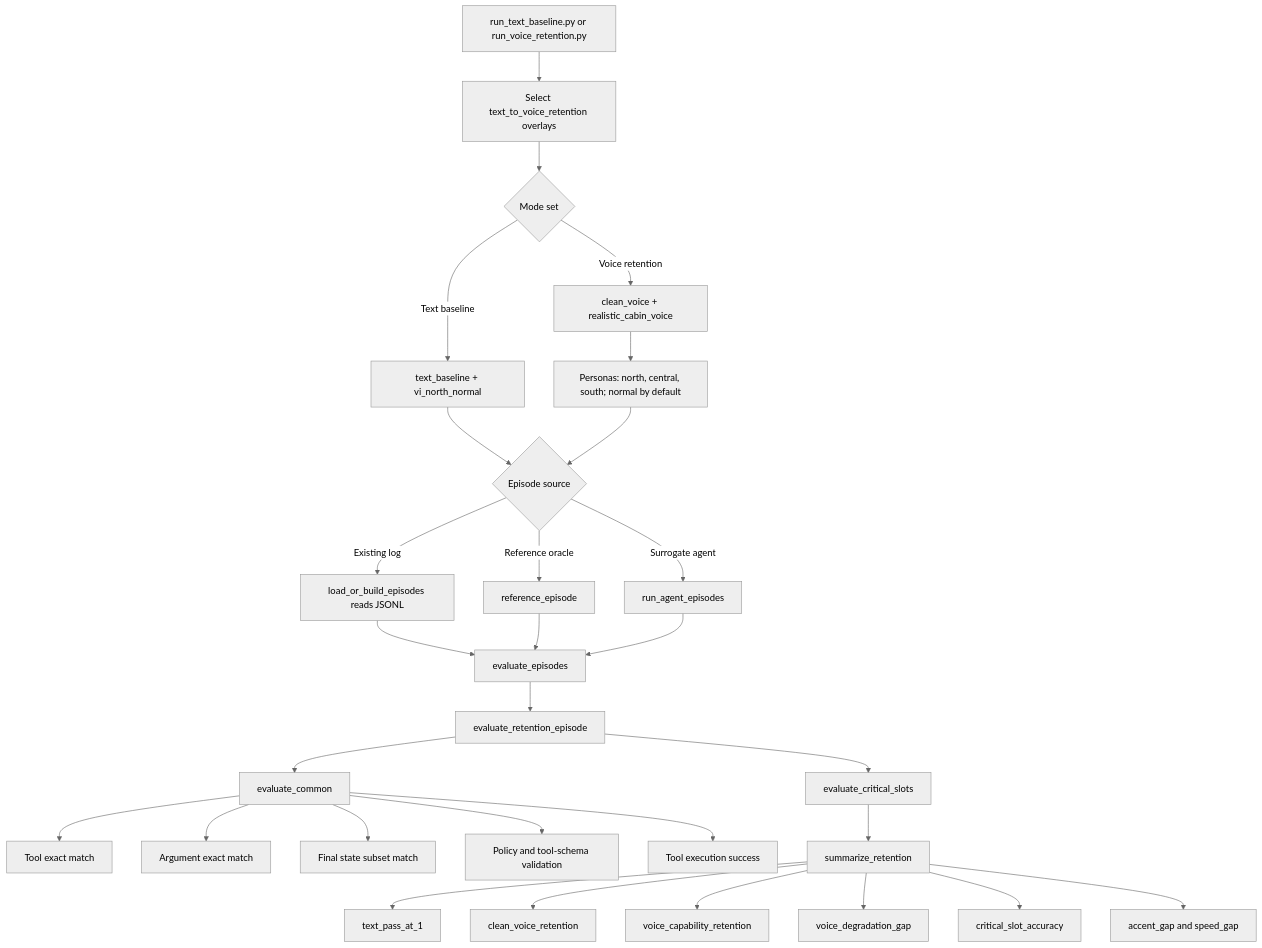
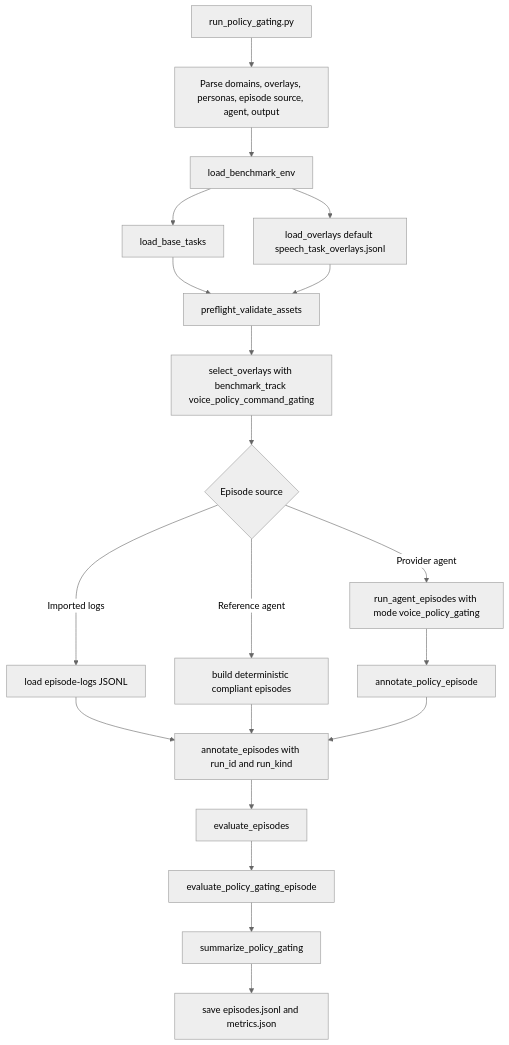
Before and after one commit to VInteractiveBench/voice-bench: the third of 7 diagrams in docs/FLOW.md, drawn with Mermaid (neutral theme). The commit also changed other lines of this file, not shown here.

Commit message:
Update benchmark flow documentation

````diff
--- a/docs/FLOW.md
+++ b/docs/FLOW.md
@@ -103,35 +107,25 @@
 ```mermaid
 flowchart TD
-    A[run_text_baseline.py or run_voice_retention.py] --> B[Select text_to_voice_retention overlays]
-    B --> C{Mode set}
-    C -->|Text baseline| D[text_baseline + vi_north_normal]
-    C -->|Voice retention| E[clean_voice + realistic_cabin_voice]
-    E --> F[Personas: north, central, south; normal by default]
+    A[run_policy_gating.py] --> B[Parse domains, overlays, personas, episode source, agent, output]
+    B --> C[load_benchmark_env]
+    C --> D[load_base_tasks]
+    C --> E[load_overlays default speech_task_overlays.jsonl]
+    D --> F[preflight_validate_assets]
+    E --> F
+    F --> G[select_overlays with benchmark_track voice_policy_command_gating]
 
-    D --> G{Episode source}
-    F --> G
-    G -->|Existing log| H[load_or_build_episodes reads JSONL]
-    G -->|Reference oracle| I[reference_episode]
-    G -->|Surrogate agent| J[run_agent_episodes]
+    G --> H{Episode source}
+    H -->|Imported logs| I[load episode-logs JSONL]
+    H -->|Reference agent| J[build deterministic compliant episodes]
+    H -->|Provider agent| K[run_agent_episodes with mode voice_policy_gating]
 
-    H --> K[evaluate_episodes]
-    I --> K
-    J --> K
+    K --> L[annotate_policy_episode]
+    I --> M[annotate_episodes with run_id and run_kind]
+    J --> M
+    L --> M
 
-    K --> L[evaluate_retention_episode]
-    L --> M[evaluate_common]
-    M --> M1[Tool exact match]
-    M --> M2[Argument exact match]
-    M --> M3[Final state subset match]
-    M --> M4[Policy and tool-schema validation]
-    M --> M5[Tool execution success]
-
-    L --> N[evaluate_critical_slots]
-    N --> O[summarize_retention]
-    O --> P[text_pass_at_1]
-    O --> Q[clean_voice_retention]
-    O --> R[voice_capability_retention]
-    O --> S[voice_degradation_gap]
-    O --> T[critical_slot_accuracy]
-    O --> U[accent_gap and speed_gap]
+    M --> N[evaluate_episodes]
+    N --> O[evaluate_policy_gating_episode]
+    O --> P[summarize_policy_gating]
+    P --> Q[save episodes.jsonl and metrics.json]
 ```
````
